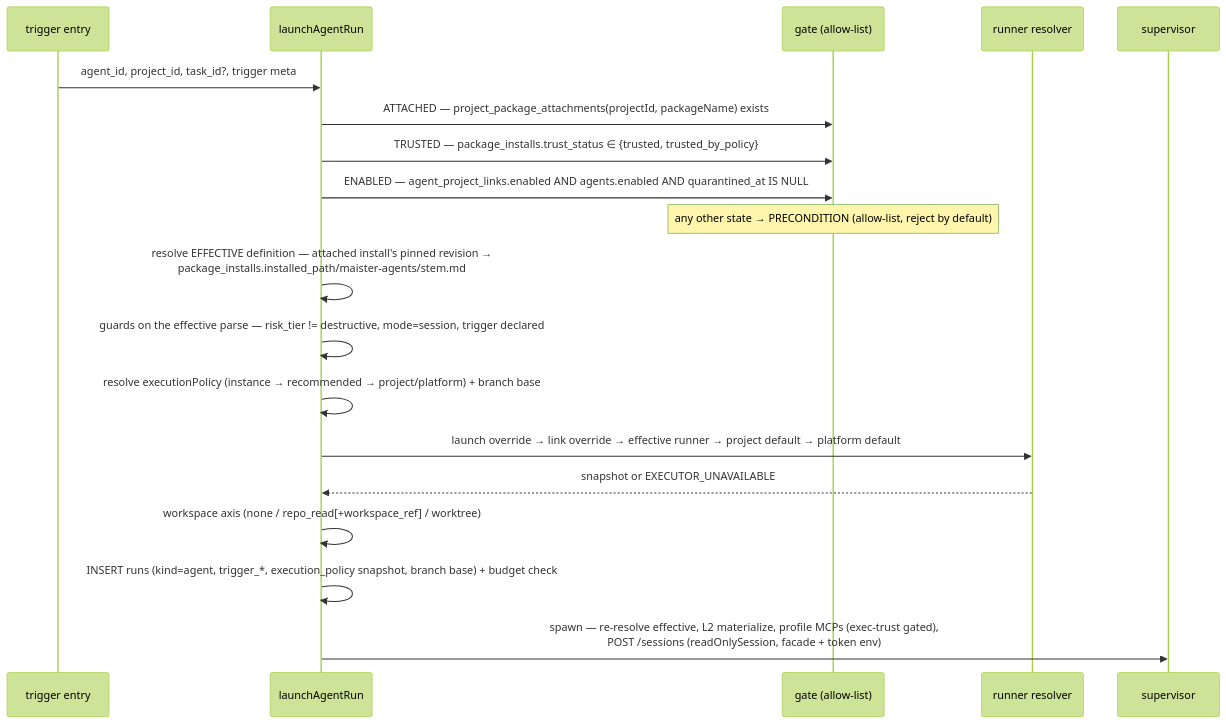
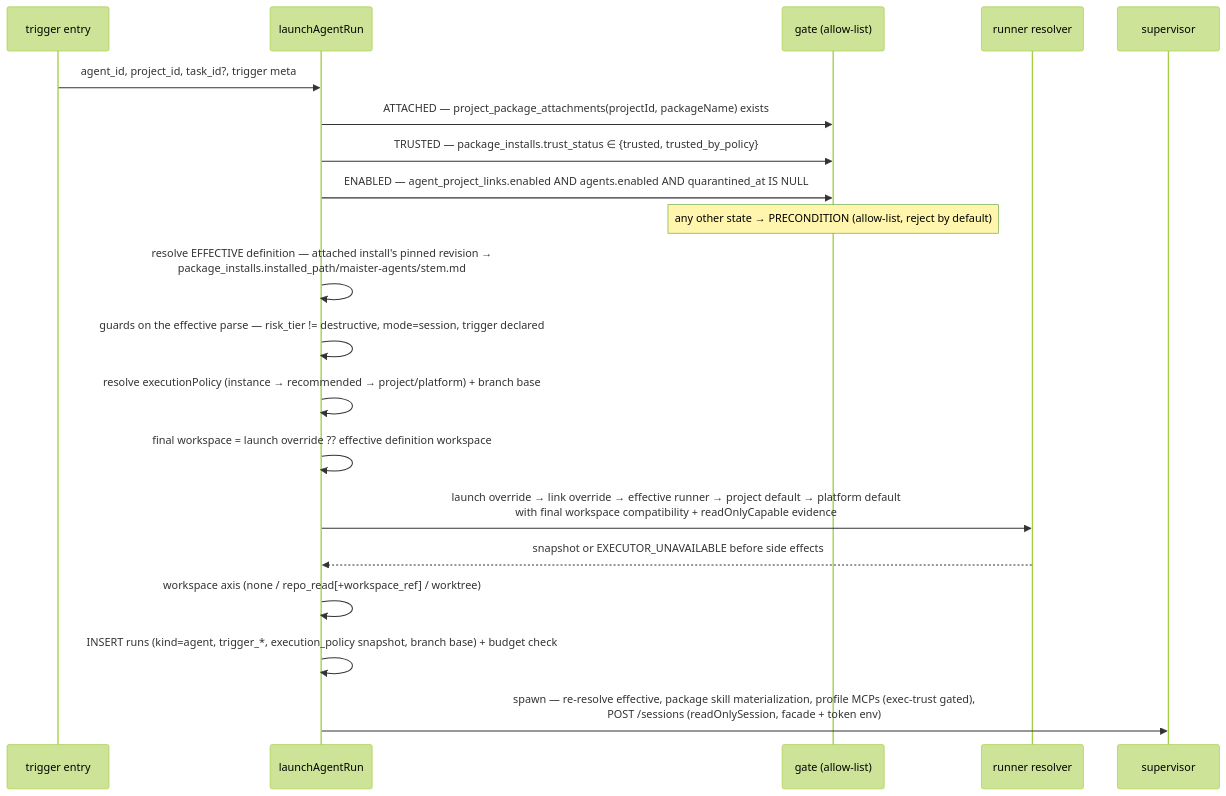
Before and after one commit to maister-dev/maister: the third of 10 diagrams in docs/system-analytics/agents.md, drawn with Mermaid (forest theme). The commit also changed other lines of this file and 47 other files, not shown here.

First line of the commit message:
feat(agents): add runner parity package materialization

````diff
--- a/docs/system-analytics/agents.md
+++ b/docs/system-analytics/agents.md
@@ -161,21 +161,22 @@
 ```mermaid
 sequenceDiagram
     participant E as trigger entry
     participant L as launchAgentRun
     participant G as gate (allow-list)
     participant R as runner resolver
     participant S as supervisor
     E->>L: agent_id, project_id, task_id?, trigger meta
     L->>G: ATTACHED — project_package_attachments(projectId, packageName) exists
     L->>G: TRUSTED — package_installs.trust_status ∈ {trusted, trusted_by_policy}
     L->>G: ENABLED — agent_project_links.enabled AND agents.enabled AND quarantined_at IS NULL
     Note over G: any other state → PRECONDITION (allow-list, reject by default)
     L->>L: resolve EFFECTIVE definition — attached install's pinned revision →<br/>package_installs.installed_path/maister-agents/stem.md
     L->>L: guards on the effective parse — risk_tier != destructive, mode=session, trigger declared
     L->>L: resolve executionPolicy (instance → recommended → project/platform) + branch base
-    L->>R: launch override → link override → effective runner → project default → platform default
-    R-->>L: snapshot or EXECUTOR_UNAVAILABLE
+    L->>L: final workspace = launch override ?? effective definition workspace
+    L->>R: launch override → link override → effective runner → project default → platform default<br/>with final workspace compatibility + readOnlyCapable evidence
+    R-->>L: snapshot or EXECUTOR_UNAVAILABLE before side effects
     L->>L: workspace axis (none / repo_read[+workspace_ref] / worktree)
     L->>L: INSERT runs (kind=agent, trigger_*, execution_policy snapshot, branch base) + budget check
-    L->>S: spawn — re-resolve effective, L2 materialize, profile MCPs (exec-trust gated),<br/>POST /sessions (readOnlySession, facade + token env)
+    L->>S: spawn — re-resolve effective, package skill materialization, profile MCPs (exec-trust gated),<br/>POST /sessions (readOnlySession, facade + token env)
 ```
````
